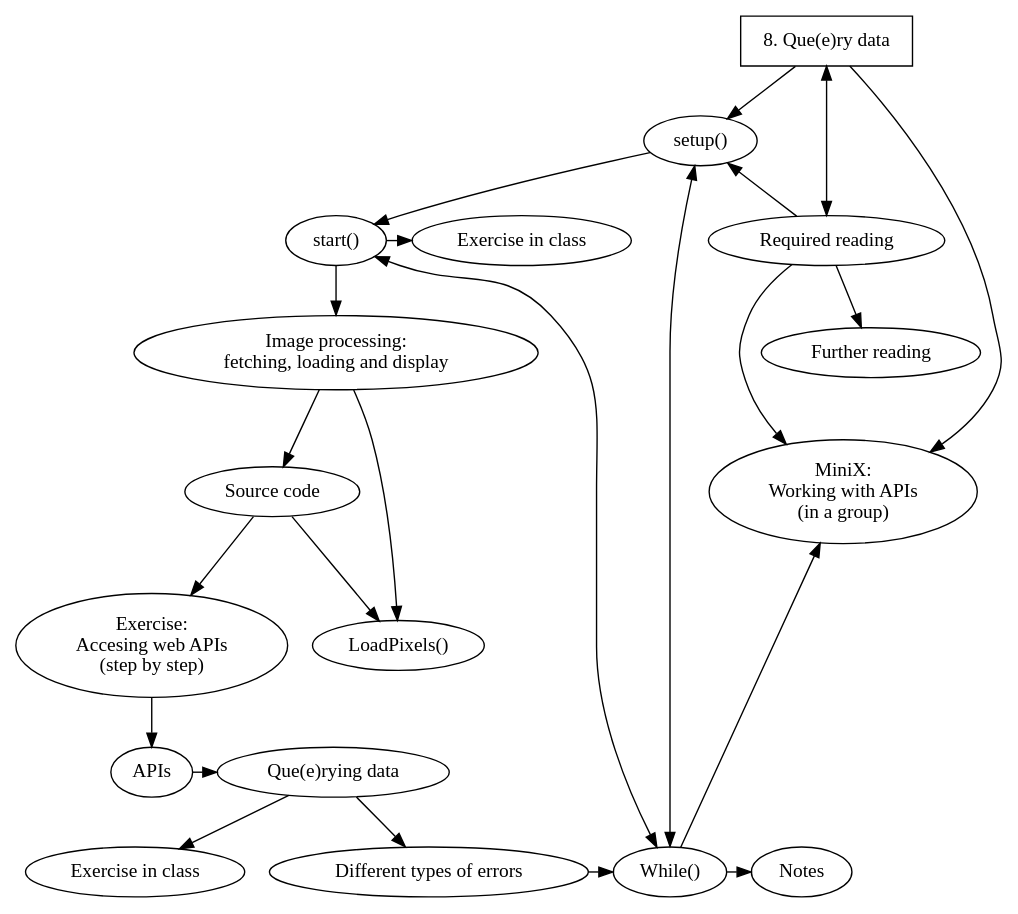
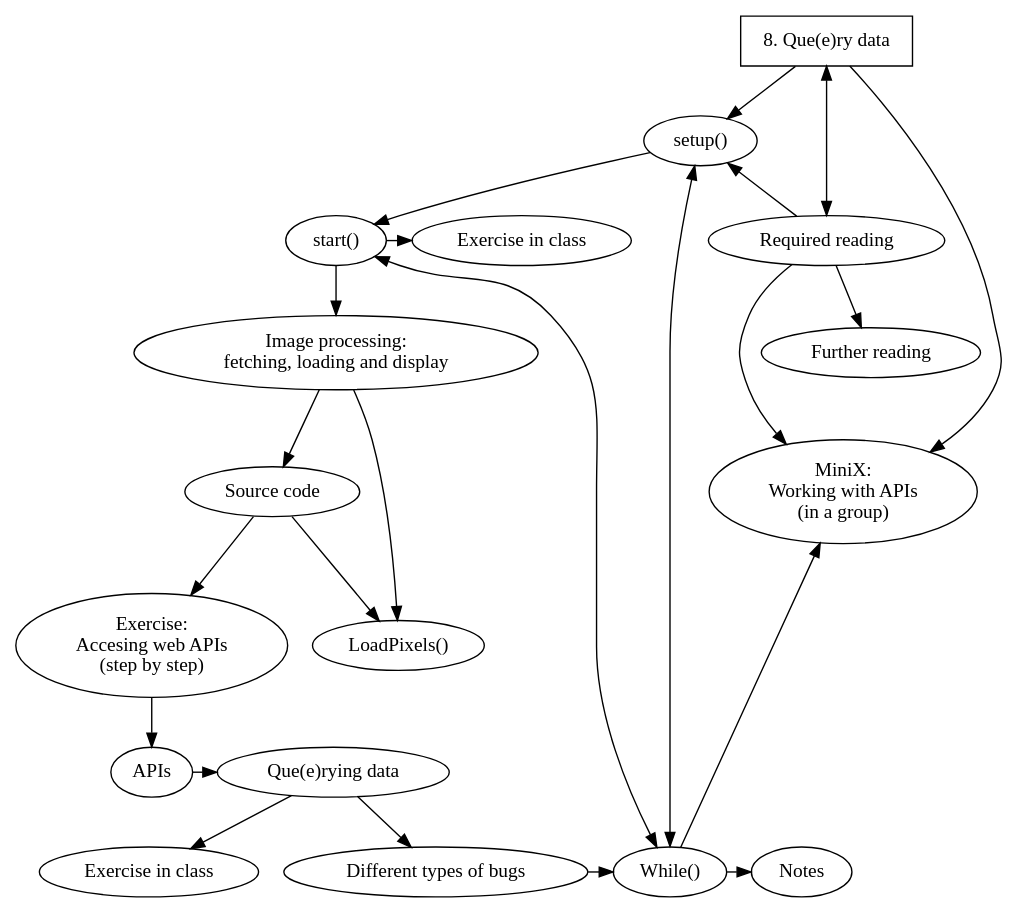
Before and after one commit to danbz/aesthetic-programming: the diagram in graphviz/AP_ch8.dot, drawn with Graphviz. The commit also changed 4 other files, not shown here.

```diff
--- a/graphviz/AP_ch8.dot
+++ b/graphviz/AP_ch8.dot
@@ -1,51 +1,51 @@
 digraph G {
 
 node[fontname="Hershey-Noailles-help-me"]
 
 //labels
 GS [
 label="8. Que(e)ry data",
 style=bold,
 shape=rectangle,
 penwidth="1pt"
 ]
 
 SU [label="setup()"]
 ST [label="start()"]
 EiC [label="Exercise in class"]
 IP [label="Image processing: \nfetching, loading and display"]
 SC [label="Source code"]
 EiC2 [label="Exercise:\nAccesing web APIs\n(step by step)"]
 API [label="APIs"]
 QD [label="Que(e)rying data"]
 EiC3 [label="Exercise in class"]
 LP [label="LoadPixels()"]
-ER [label="Different types of errors"]
+ER [label="Different types of bugs"]
 MW [label="While()"]
 MX [label="MiniX: \nWorking with APIs\n(in a group)"]
 RR [label="Required reading"]
 FR [label="Further reading"]
 Notes [label="Notes"]
 
 //rank
 {rank = same; MW, Notes}
 {rank = same; RR, EiC, ST}
 {rank = same; MX, SC}
 {rank = same; API, QD}
 {rank = same; MW, EiC3, ER}
 
 //graph
 GS -> SU -> ST -> EiC;
 GS -> RR[dir=both, minlen=2];
 SU -> MW [dir=both];
 GS ->  MX;
 RR -> MX, SU;
 ST -> IP -> SC -> LP;
 IP -> LP;
 SC -> EiC2 -> API -> QD -> EiC3;
 QD -> ER -> MW;
 ST -> MW [dir=both];
 MW -> Notes;
 MW -> MX;
 RR -> FR;
 }
```
